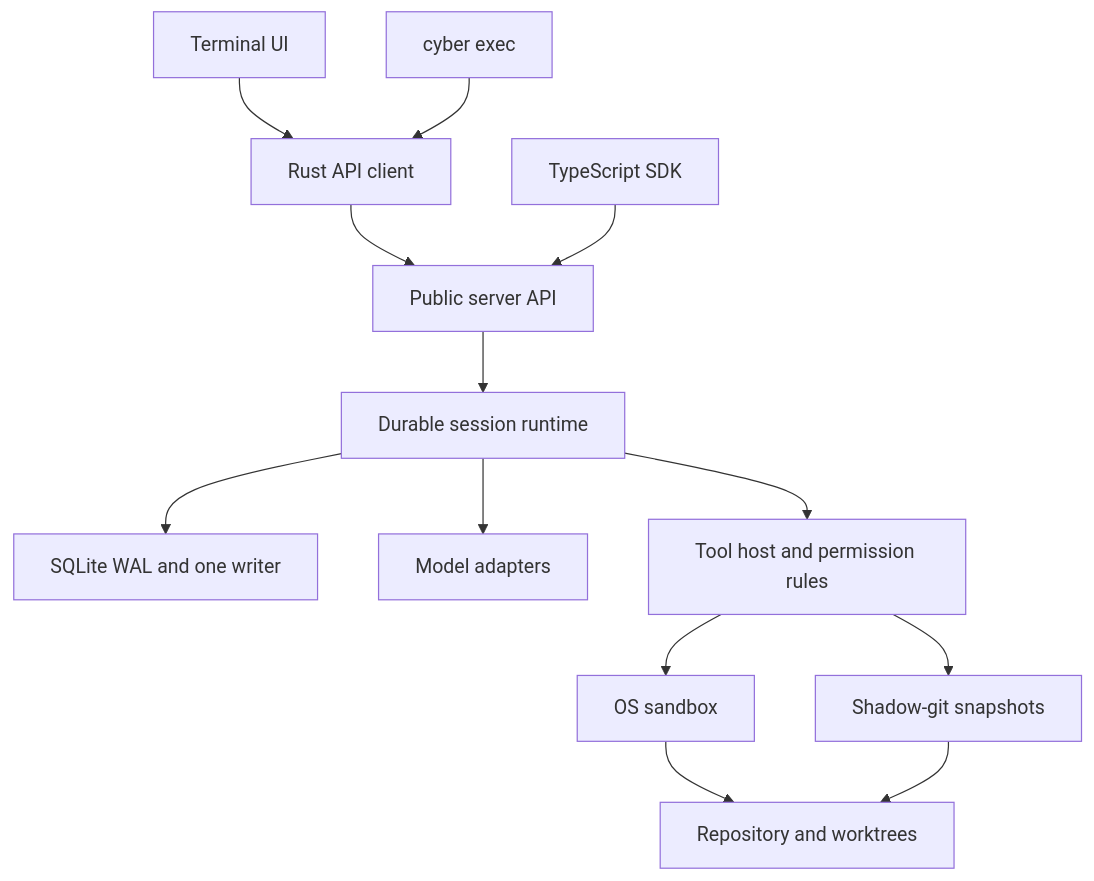
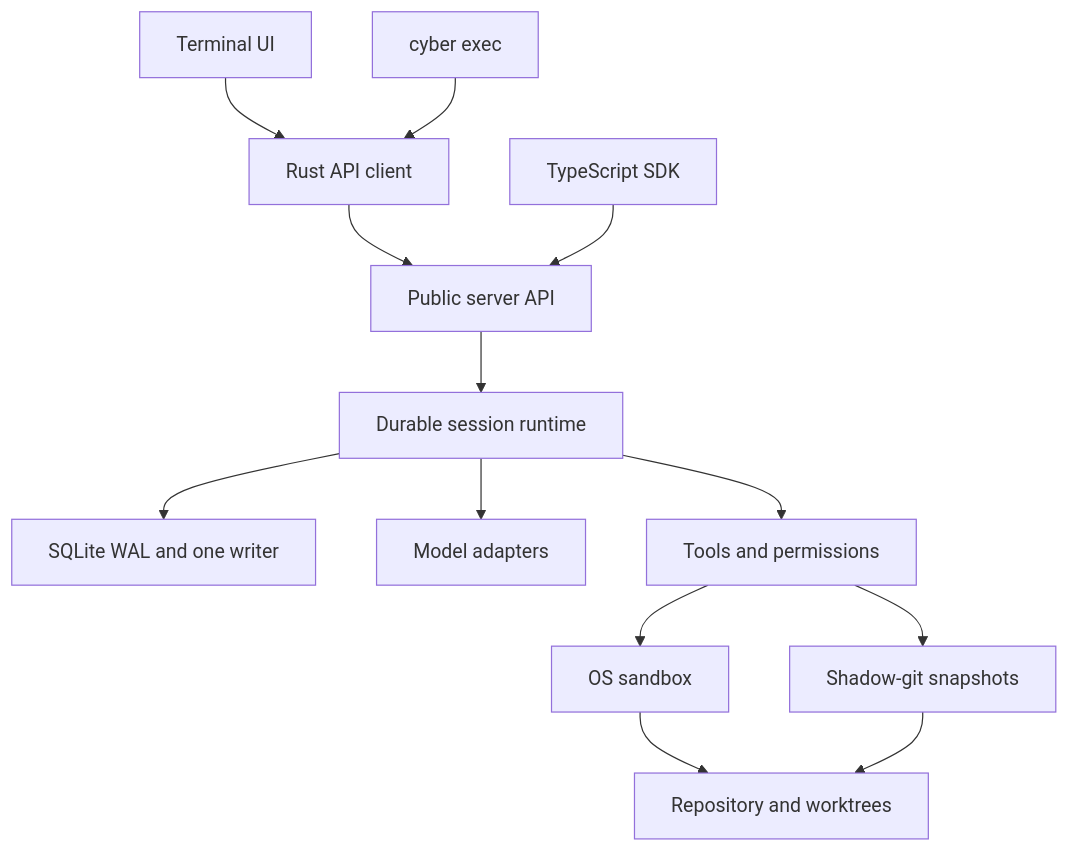
One commit to CyberdyneCorp/cybercode-cli changed the first of 2 diagrams in README.md. Above: the diagram before and after it, drawn with Mermaid. The commit also changed other lines of this file and 7 other files, not shown here.

````diff
--- a/README.md
+++ b/README.md
@@ -59,15 +51,15 @@
 ```mermaid
 flowchart TD
     Tui["Terminal UI"] --> Client["Rust API client"]
     Exec["cyber exec"] --> Client
     Client --> Api["Public server API"]
     Sdk["TypeScript SDK"] --> Api
     Api --> Runtime["Durable session runtime"]
     Runtime --> Store["SQLite WAL and one writer"]
     Runtime --> Models["Model adapters"]
-    Runtime --> Tools["Tool host and permission rules"]
+    Runtime --> Tools["Tools and permissions"]
     Tools --> Sandbox["OS sandbox"]
     Tools --> Snapshots["Shadow-git snapshots"]
     Sandbox --> Repo["Repository and worktrees"]
     Snapshots --> Repo
 ```
````
